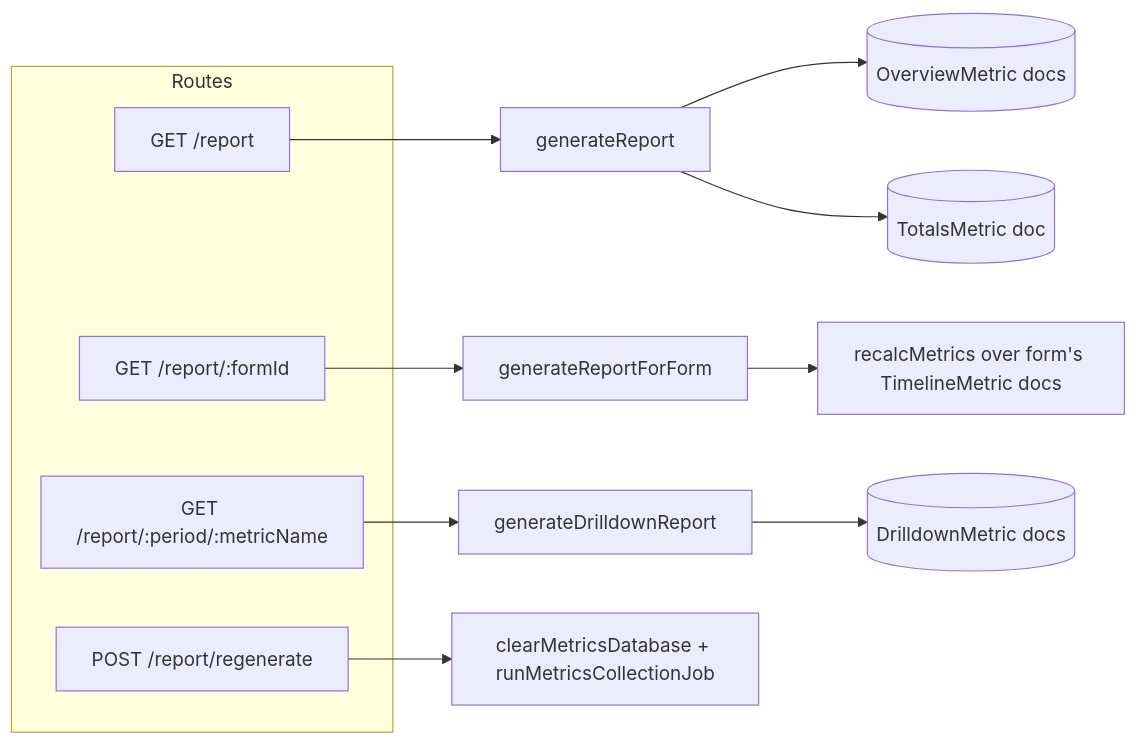
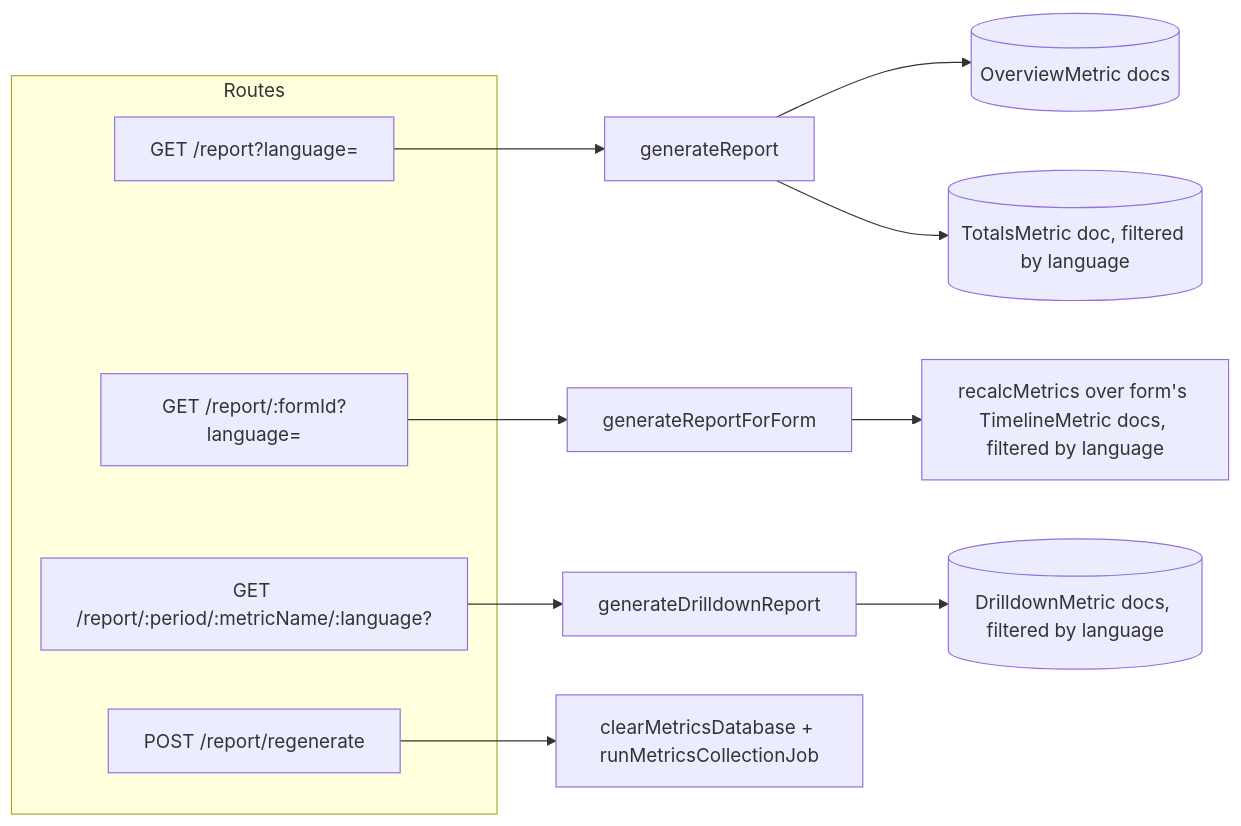
One commit to DEFRA/forms-audit-api changed the second of 2 diagrams in docs/metrics-reporting.md. Above: the diagram before and after it, drawn with Mermaid. The commit also changed other lines of this file and 8 other files, not shown here.

````diff
--- a/docs/metrics-reporting.md
+++ b/docs/metrics-reporting.md
@@ -164,18 +171,18 @@
 ```mermaid
 flowchart LR
     subgraph Routes
-      R1[GET /report]
-      R2["GET /report/:formId"]
-      R3["GET /report/:period/:metricName"]
+      R1["GET /report?language="]
+      R2["GET /report/:formId?language="]
+      R3["GET /report/:period/:metricName/:language?"]
       R4[POST /report/regenerate]
     end
     R1 --> S1[generateReport]
     R2 --> S2[generateReportForForm]
     R3 --> S3[generateDrilldownReport]
     R4 --> S4[clearMetricsDatabase + runMetricsCollectionJob]
 
     S1 --> D1[(OverviewMetric docs)]
-    S1 --> D2[(TotalsMetric doc)]
-    S2 --> D3[recalcMetrics over form's TimelineMetric docs]
-    S3 --> D4[(DrilldownMetric docs)]
+    S1 --> D2[(TotalsMetric doc, filtered by language)]
+    S2 --> D3[recalcMetrics over form's TimelineMetric docs, filtered by language]
+    S3 --> D4[(DrilldownMetric docs, filtered by language)]
 ```
````
